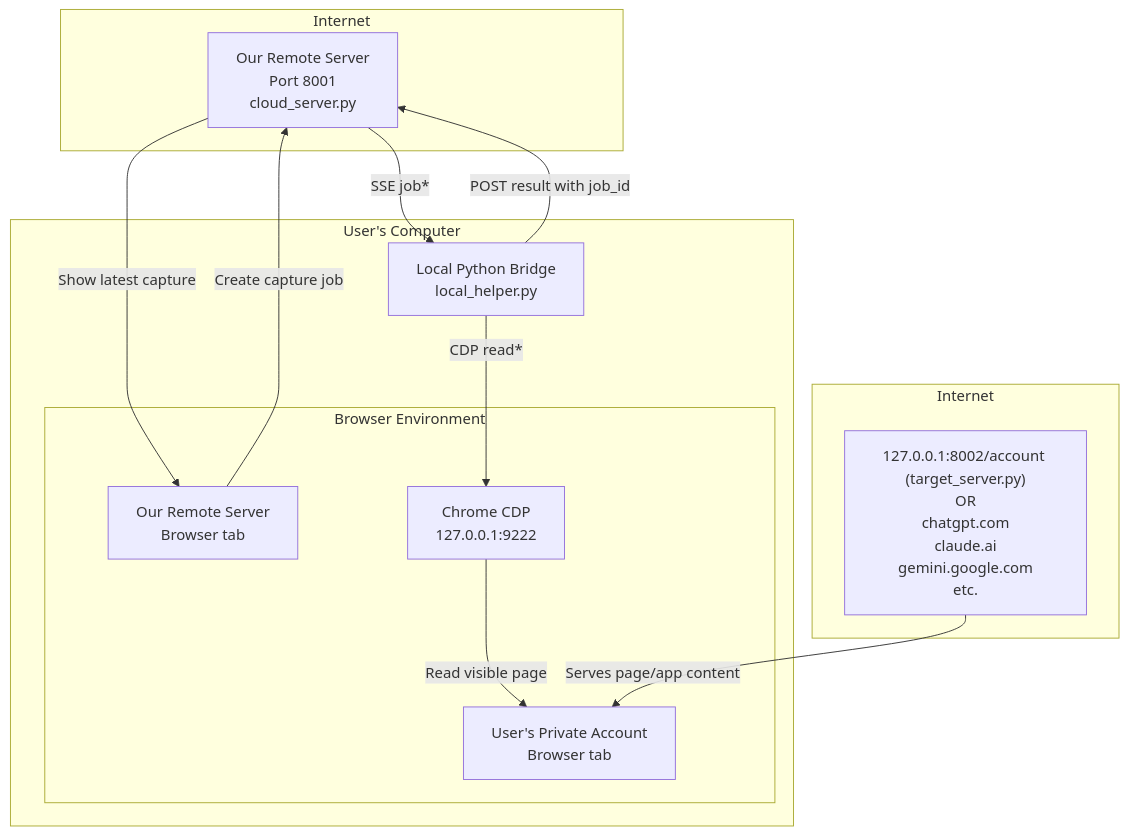
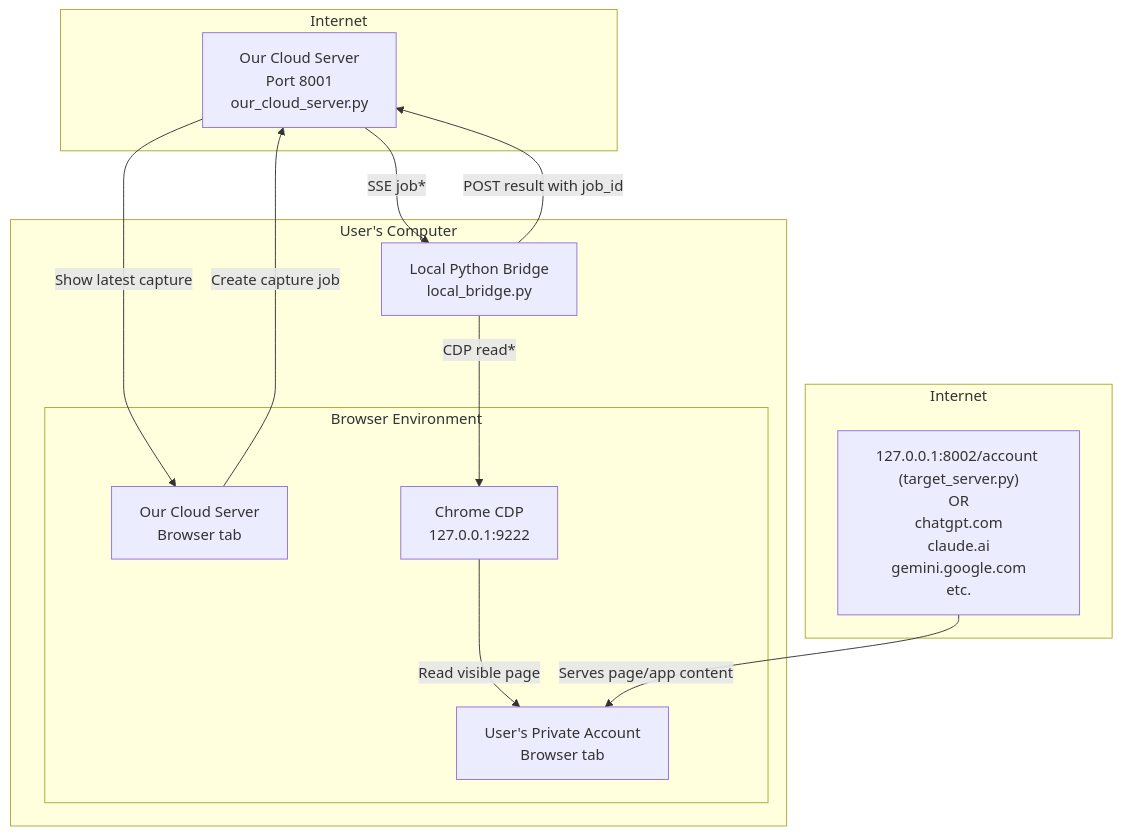
Before and after one commit to davidnoz123/cdp_bridger: the diagram in poc1/notes.md, drawn with Mermaid. The commit also changed other lines of this file and 4 other files, not shown here.

````diff
--- a/poc1/notes.md
+++ b/poc1/notes.md
@@ -62,28 +60,28 @@
 ```mermaid
 flowchart TD
-    subgraph RemoteServer["Internet"]
-        CloudServer["Our Remote Server<br/>Port 8001<br/>cloud_server.py"]
+    subgraph TheInternet["Internet"]
+        CloudServer["Our Cloud Server<br/>Port 8001<br/>our_cloud_server.py"]
     end
 
     subgraph UserComputer["User's Computer"]
-        Helper["Local Python Bridge<br/>local_helper.py"]
+        LocalPythonBridge["Local Python Bridge<br/>local_bridge.py"]
 
         subgraph BrowserEnv["Browser Environment"]
-            CloudUI["Our Remote Server<br/>Browser tab"]
+            CloudUI["Our Cloud Server<br/>Browser tab"]
             Chrome["Chrome CDP<br/>127.0.0.1:9222"]
             PrivatePage["User's Private Account<br/>Browser tab"]
         end
     end
 
     subgraph InternetServers["Internet"]
         TargetSites["127.0.0.1:8002/account (target_server.py)<br/>OR<br/>chatgpt.com<br/>claude.ai<br/>gemini.google.com<br/>etc."]
     end
 
     CloudUI -->|"Create capture job"| CloudServer
-    CloudServer -->|"SSE job*"| Helper
-    Helper -->|"CDP read*"| Chrome
+    CloudServer -->|"SSE job*"| LocalPythonBridge
+    LocalPythonBridge -->|"CDP read*"| Chrome
     Chrome -->|"Read visible page"| PrivatePage
     TargetSites -->|"Serves page/app content"| PrivatePage
-    Helper -->|"POST result with job_id"| CloudServer
+    LocalPythonBridge -->|"POST result with job_id"| CloudServer
     CloudServer -->|"Show latest capture"| CloudUI
 ```
````
